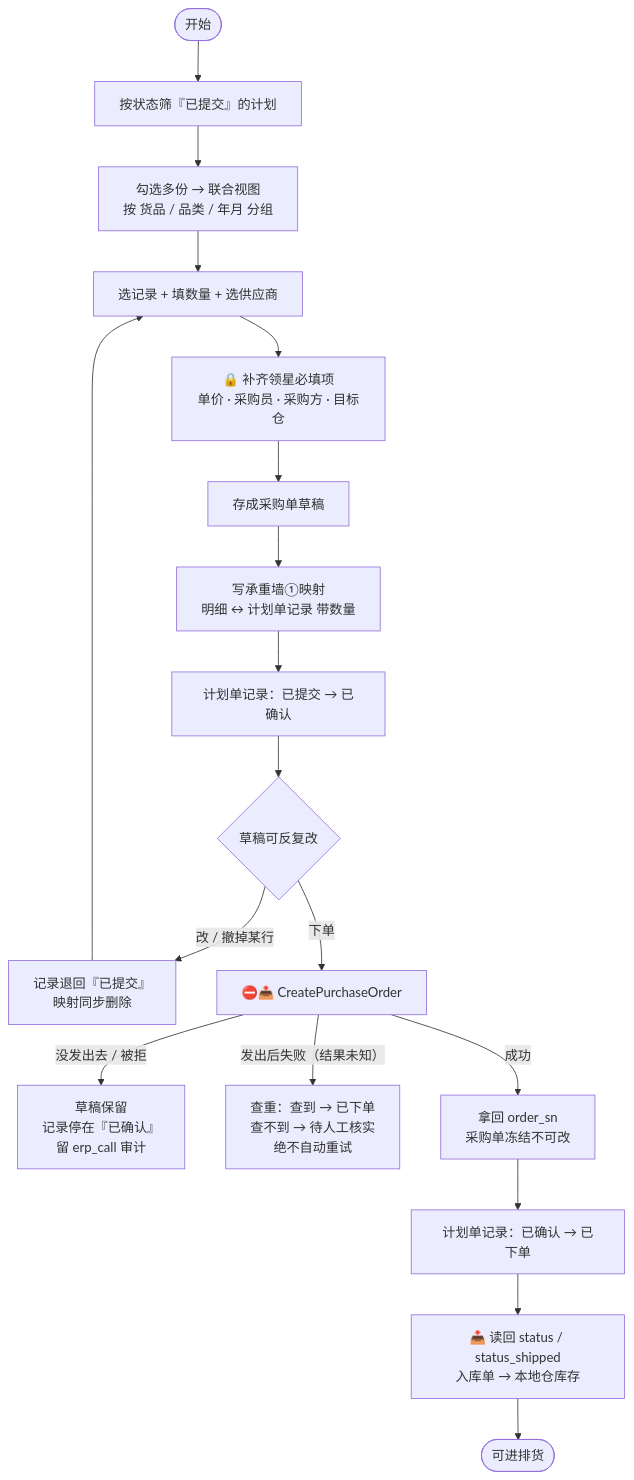
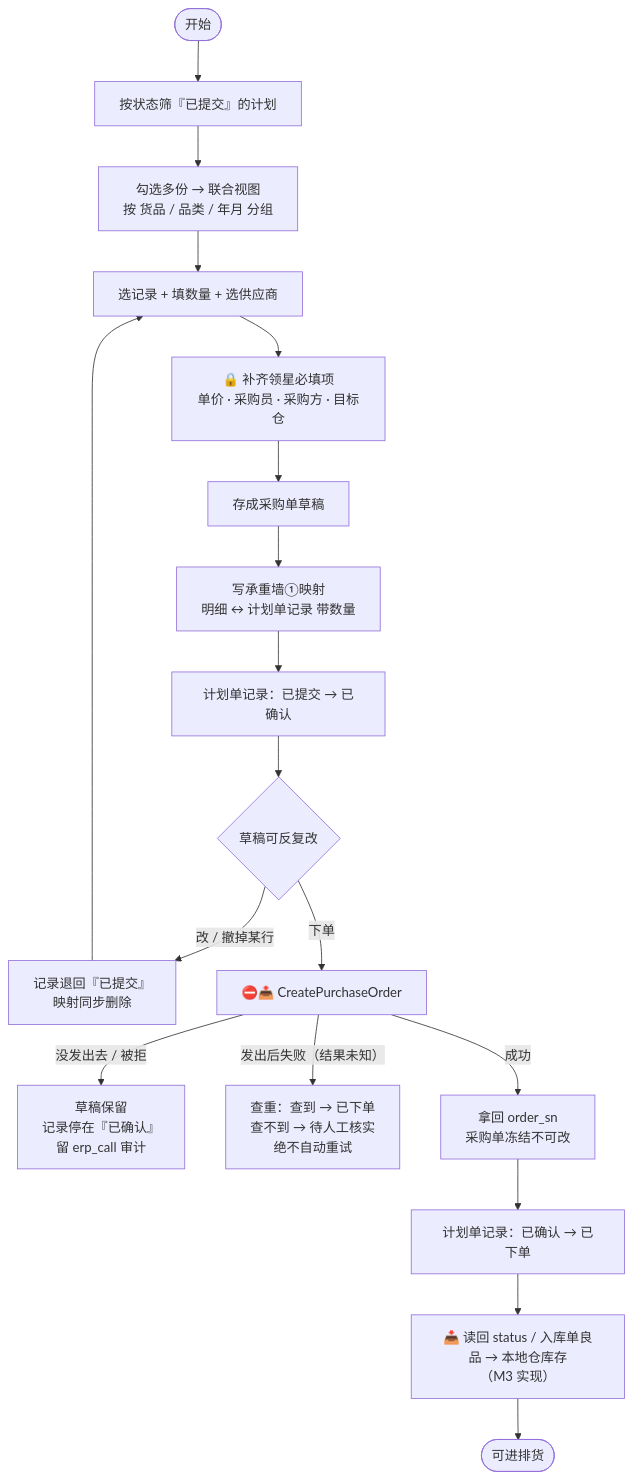
Before and after one commit to DuoWeiTree/service_supplychain: the third of 6 diagrams in docs/06-核心业务流程.md, drawn with Mermaid. The commit also changed other lines of this file and 7 other files, not shown here.

````diff
--- a/docs/06-核心业务流程.md
+++ b/docs/06-核心业务流程.md
@@ -134,20 +134,20 @@
 ```mermaid
 flowchart TD
   S(["开始"]) --> Q1["按状态筛『已提交』的计划"]
   Q1 --> Q2["勾选多份 → 联合视图<br/>按 货品 / 品类 / 年月 分组"]
   Q2 --> Q3["选记录 + 填数量 + 选供应商"]
   Q3 --> Q4["🔒 补齐领星必填项<br/>单价 · 采购员 · 采购方 · 目标仓"]
   Q4 --> Q5["存成采购单草稿"]
   Q5 --> Q6["写承重墙①映射<br/>明细 ↔ 计划单记录 带数量"]
   Q6 --> Q7["计划单记录：已提交 → 已确认"]
   Q7 --> Q8{"草稿可反复改"}
   Q8 -->|"改 / 撤掉某行"| Q9["记录退回『已提交』<br/>映射同步删除"]
   Q9 --> Q3
   Q8 -->|"下单"| Q10["⛔📤 CreatePurchaseOrder"]
   Q10 -->|"没发出去 / 被拒"| E1["草稿保留<br/>记录停在『已确认』<br/>留 erp_call 审计"]
   Q10 -->|"发出后失败（结果未知）"| E2["查重：查到 → 已下单<br/>查不到 → 待人工核实<br/>绝不自动重试"]
   Q10 -->|"成功"| Q11["拿回 order_sn<br/>采购单冻结不可改"]
   Q11 --> Q12["计划单记录：已确认 → 已下单"]
-  Q12 --> Q13["📥 读回 status / status_shipped<br/>入库单 → 本地仓库存"]
+  Q12 --> Q13["📥 读回 status / 入库单良品 → 本地仓库存<br/>（M3 实现）"]
   Q13 --> T(["可进排货"])
 ```
````
